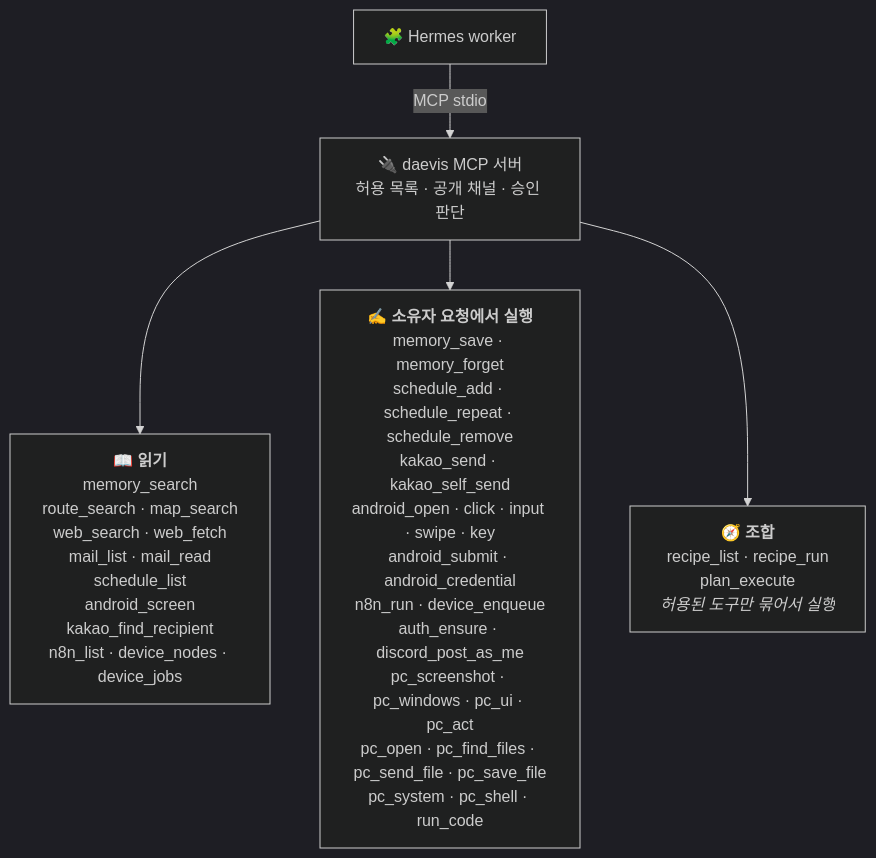
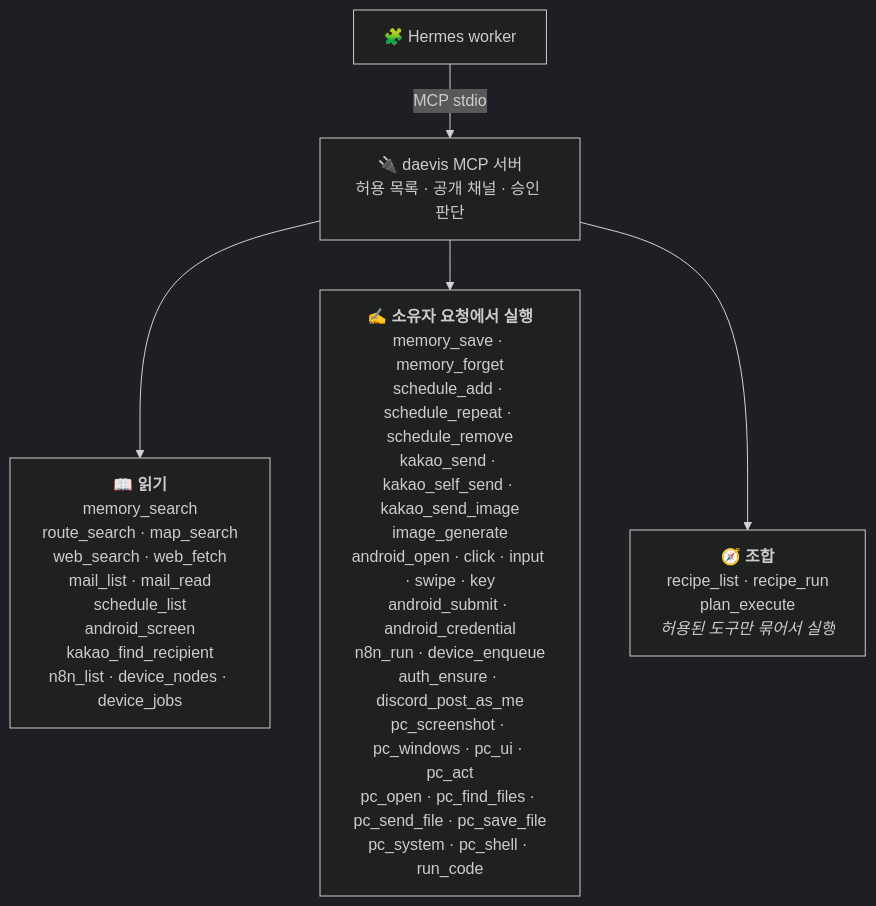
One commit to beans3142/personal-agent changed the second of 2 diagrams in README.md. Above: the diagram before and after it, drawn with Mermaid (dark theme). The commit also changed other lines of this file and 11 other files, not shown here.

First line of the commit message:
feat: ChatGPT image generation and Kakao photo send

````diff
--- a/README.md
+++ b/README.md
@@ -97,7 +98,7 @@
 ```mermaid
 flowchart TD
     hermes["🧩 Hermes worker"] -- "MCP stdio" --> mcp["🔌 daevis MCP 서버<br/>허용 목록 · 공개 채널 · 승인 판단"]
     mcp --> r["📖 <b>읽기</b><br/>memory_search<br/>route_search · map_search<br/>web_search · web_fetch<br/>mail_list · mail_read<br/>schedule_list<br/>android_screen<br/>kakao_find_recipient<br/>n8n_list · device_nodes · device_jobs"]
-    mcp --> w["✍️ <b>소유자 요청에서 실행</b><br/>memory_save · memory_forget<br/>schedule_add · schedule_repeat · schedule_remove<br/>kakao_send · kakao_self_send<br/>android_open · click · input · swipe · key<br/>android_submit · android_credential<br/>n8n_run · device_enqueue<br/>auth_ensure · discord_post_as_me<br/>pc_screenshot · pc_windows · pc_ui · pc_act<br/>pc_open · pc_find_files · pc_send_file · pc_save_file<br/>pc_system · pc_shell · run_code"]
+    mcp --> w["✍️ <b>소유자 요청에서 실행</b><br/>memory_save · memory_forget<br/>schedule_add · schedule_repeat · schedule_remove<br/>kakao_send · kakao_self_send · kakao_send_image<br/>image_generate<br/>android_open · click · input · swipe · key<br/>android_submit · android_credential<br/>n8n_run · device_enqueue<br/>auth_ensure · discord_post_as_me<br/>pc_screenshot · pc_windows · pc_ui · pc_act<br/>pc_open · pc_find_files · pc_send_file · pc_save_file<br/>pc_system · pc_shell · run_code"]
     mcp --> c["🧭 <b>조합</b><br/>recipe_list · recipe_run<br/>plan_execute<br/><i>허용된 도구만 묶어서 실행</i>"]
 ```
````
